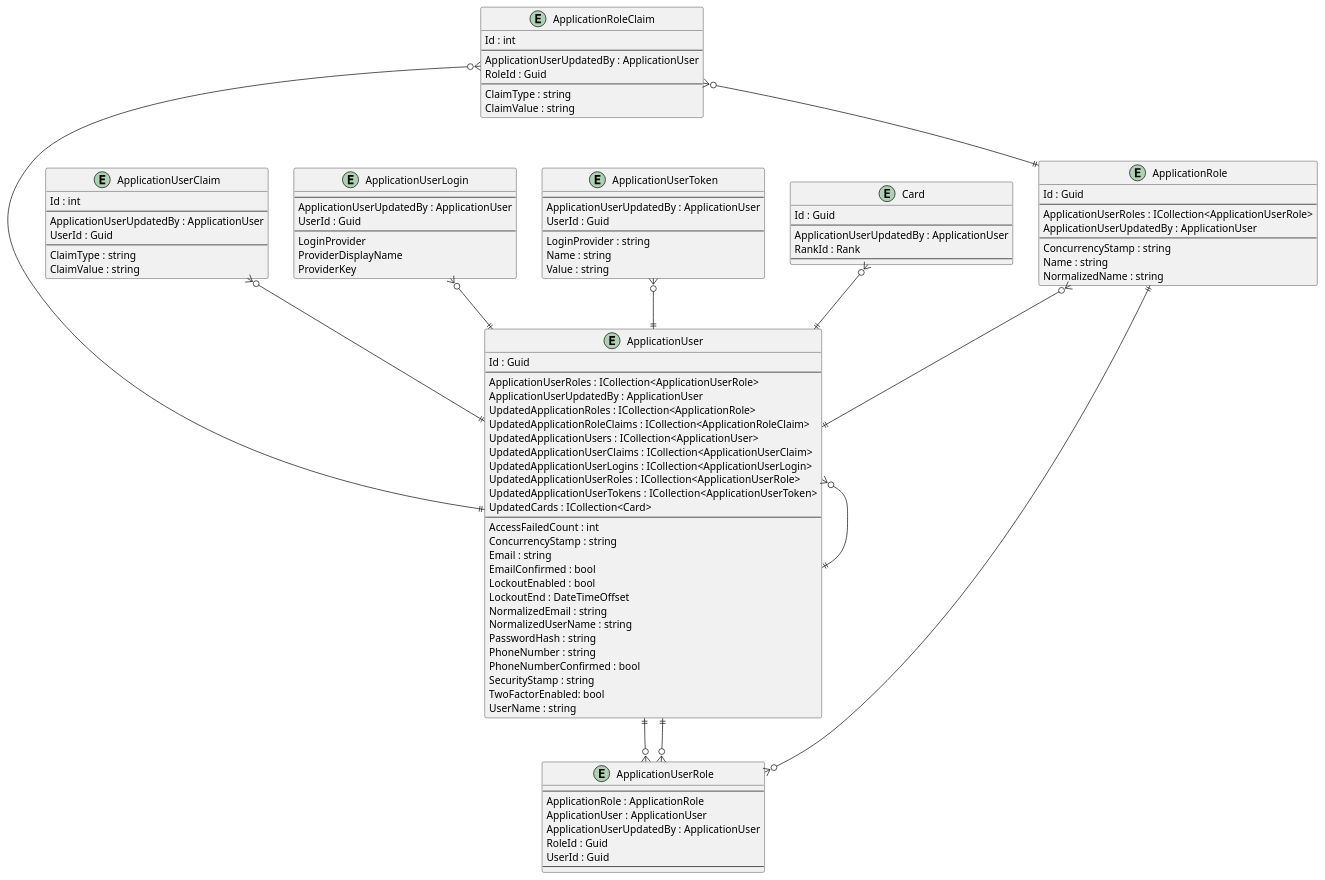
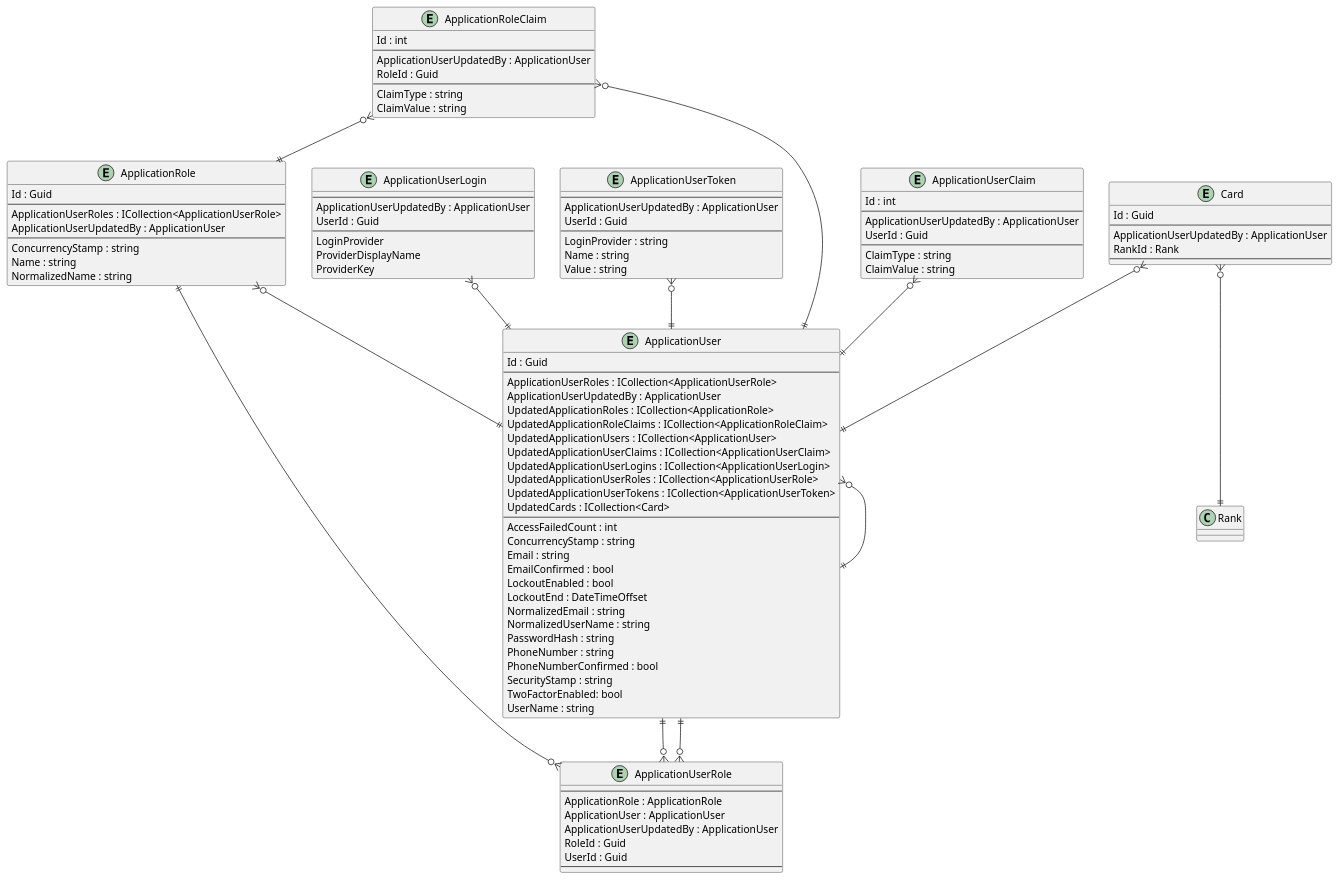
Before and after one commit to intrepion/intrepion_klondike-solitaire_csharp: the diagram in .docs/Intrepion.KlondikeSolitaire.pu, drawn with PlantUML.

```diff
--- a/.docs/Intrepion.KlondikeSolitaire.pu
+++ b/.docs/Intrepion.KlondikeSolitaire.pu
@@ -1,121 +1,122 @@
 @startuml
 
 entity ApplicationRole {
     Id : Guid
     --
     ApplicationUserRoles : ICollection<ApplicationUserRole>
     ApplicationUserUpdatedBy : ApplicationUser
     --
     ConcurrencyStamp : string
     Name : string
     NormalizedName : string
 }
 
 entity ApplicationRoleClaim {
     Id : int
     --
     ApplicationUserUpdatedBy : ApplicationUser
     RoleId : Guid
     --
     ClaimType : string
     ClaimValue : string
 }
 
 entity ApplicationUser {
     Id : Guid
     --
     ApplicationUserRoles : ICollection<ApplicationUserRole>
     ApplicationUserUpdatedBy : ApplicationUser
     UpdatedApplicationRoles : ICollection<ApplicationRole>
     UpdatedApplicationRoleClaims : ICollection<ApplicationRoleClaim>
     UpdatedApplicationUsers : ICollection<ApplicationUser>
     UpdatedApplicationUserClaims : ICollection<ApplicationUserClaim>
     UpdatedApplicationUserLogins : ICollection<ApplicationUserLogin>
     UpdatedApplicationUserRoles : ICollection<ApplicationUserRole>
     UpdatedApplicationUserTokens : ICollection<ApplicationUserToken>
     UpdatedCards : ICollection<Card>
     ' ApplicationUserKeyCodePlaceholder
     --
     AccessFailedCount : int
     ConcurrencyStamp : string
     Email : string
     EmailConfirmed : bool
     LockoutEnabled : bool
     LockoutEnd : DateTimeOffset
     NormalizedEmail : string
     NormalizedUserName : string
     PasswordHash : string
     PhoneNumber : string
     PhoneNumberConfirmed : bool
     SecurityStamp : string
     TwoFactorEnabled: bool
     UserName : string
 }
 
 entity ApplicationUserClaim {
     Id : int
     --
     ApplicationUserUpdatedBy : ApplicationUser
     UserId : Guid
     --
     ClaimType : string
     ClaimValue : string
 }
 
 entity ApplicationUserLogin {
     --
     ApplicationUserUpdatedBy : ApplicationUser
     UserId : Guid
     --
     LoginProvider
     ProviderDisplayName
     ProviderKey
 }
 
 entity ApplicationUserRole {
     --
     ApplicationRole : ApplicationRole
     ApplicationUser : ApplicationUser
     ApplicationUserUpdatedBy : ApplicationUser
     RoleId : Guid
     UserId : Guid
     --
 }
 
 entity ApplicationUserToken {
     --
     ApplicationUserUpdatedBy : ApplicationUser
     UserId : Guid
     --
     LoginProvider : string
     Name : string
     Value : string
 }
 
 entity Card {
     Id : Guid
     --
     ApplicationUserUpdatedBy : ApplicationUser
     RankId : Rank
     ' CardKeyCodePlaceholder
     --
     ' CardPropertyCodePlaceholder
 }
 
 ' EntityCodePlaceholder
 
 ApplicationRole ||--o{ ApplicationUserRole
 ApplicationRole }o--|| ApplicationUser
 ApplicationRoleClaim }o--|| ApplicationRole
 ApplicationRoleClaim }o--|| ApplicationUser
 ApplicationUser }o--|| ApplicationUser
 ApplicationUser ||--o{ ApplicationUserRole
 ApplicationUserClaim }o--|| ApplicationUser
 ApplicationUserLogin }o--|| ApplicationUser
 ApplicationUserRole }o--|| ApplicationUser
 ApplicationUserToken }o--|| ApplicationUser
 
 Card }o--|| ApplicationUser
+Card }o--|| Rank
 ' RelationshipCodePlaceholder
 
 @enduml
```
